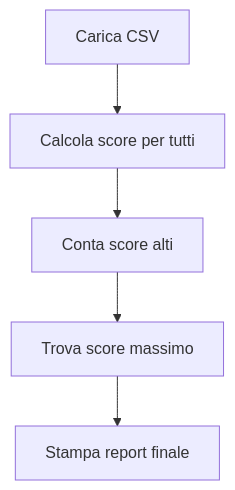
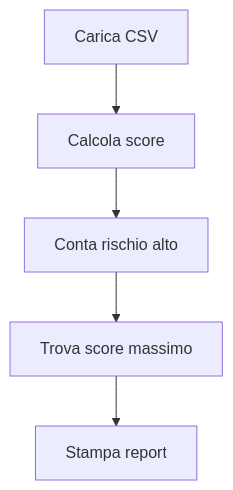
Before and after one commit to lucadagati/Lab_Fondamenti_di_Informatica_25_26: the tenth of 10 diagrams in 04-python-jupyter-analisi-biomedica/README.md, drawn with Mermaid. The commit also changed other lines of this file and 11 other files, not shown here.

````diff
--- a/04-python-jupyter-analisi-biomedica/README.md
+++ b/04-python-jupyter-analisi-biomedica/README.md
@@ -182,7 +166,7 @@
 ```mermaid
 flowchart TD
-    A[Carica CSV] --> B[Calcola score per tutti]
-    B --> C[Conta score alti]
+    A[Carica CSV] --> B[Calcola score]
+    B --> C[Conta rischio alto]
     C --> D[Trova score massimo]
-    D --> E[Stampa report finale]
+    D --> E[Stampa report]
 ```
````
